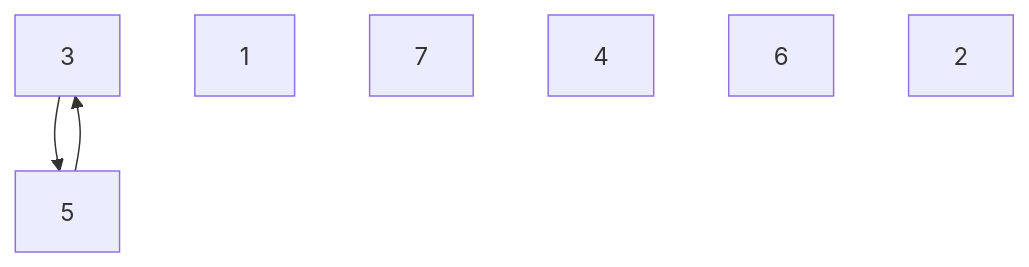
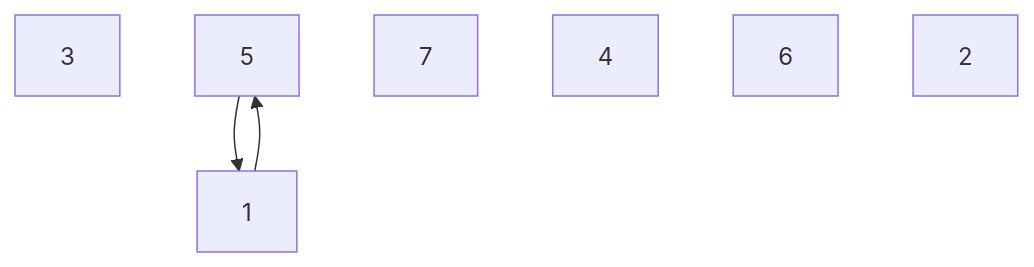
Before and after one commit to beiminc/SortAlgorithm: the tenth of 17 diagrams in Sort.md, drawn with Mermaid. The commit also changed other lines of this file and 1 other file, not shown here.

````diff
--- a/Sort.md
+++ b/Sort.md
@@ -326,10 +326,10 @@
 ```mermaid
 graph TB;
-1[3] --> 2[5]
-2[5] --> 1[3]
-3[1]
+1[3] 
+2[5] --> 3[1]
+3[1] --> 2[5]
 4[7]
 5[4]
 6[6]
 7[2]
 ```
````
